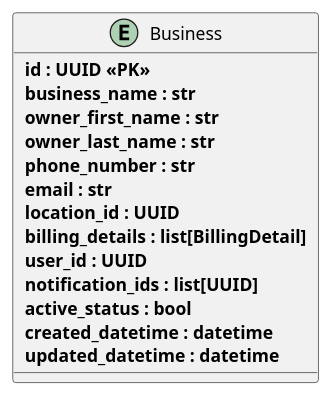
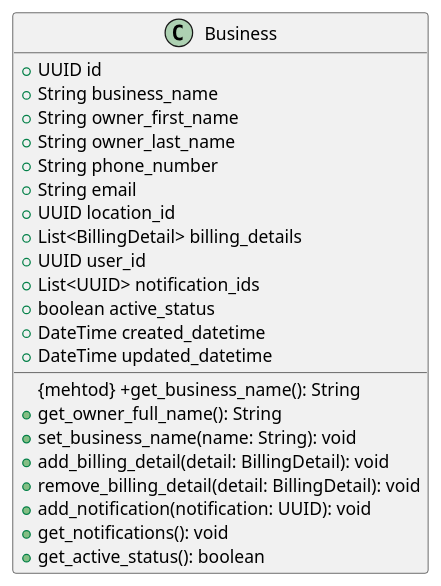
One commit to EasyDropEt/ed-domain changed the diagram in documentation/class-diagrams/business.puml. Above: the diagram before and after it, drawn with PlantUML. The commit also changed 19 other files, not shown here.

```diff
--- a/documentation/class-diagrams/business.puml
+++ b/documentation/class-diagrams/business.puml
@@ -1,19 +1,28 @@
 @startuml
 
-entity Business {
-  ** id : UUID <<PK>> **
-  ** business_name : str **
-  ** owner_first_name : str **
-  ** owner_last_name : str **
-  ** phone_number : str **
-  ** email : str **
-  ** location_id : UUID **
-  ** billing_details : list[BillingDetail] **
-  ** user_id : UUID **
-  ** notification_ids : list[UUID] **
-  ** active_status : bool **
-  ** created_datetime : datetime **
-  ** updated_datetime : datetime **
+class Business {
+  {field} + UUID id
+  + String business_name
+  + String owner_first_name
+  + String owner_last_name
+  + String phone_number
+  + String email
+  + UUID location_id
+  + List<BillingDetail> billing_details
+  + UUID user_id
+  + List<UUID> notification_ids
+  + boolean active_status
+  + DateTime created_datetime
+  + DateTime updated_datetime
+
+  {mehtod} +get_business_name(): String
+  +get_owner_full_name(): String
+  +set_business_name(name: String): void
+  +add_billing_detail(detail: BillingDetail): void
+  +remove_billing_detail(detail: BillingDetail): void
+  +add_notification(notification: UUID): void
+  +get_notifications(): void
+  +get_active_status(): boolean
 }
 
 @enduml
```
